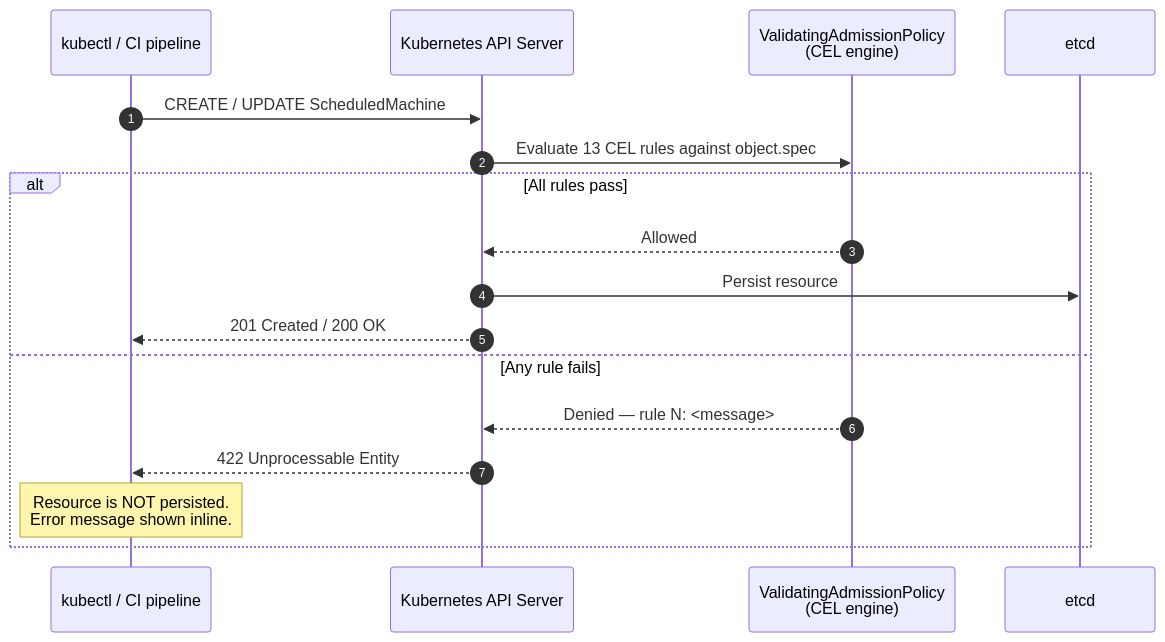
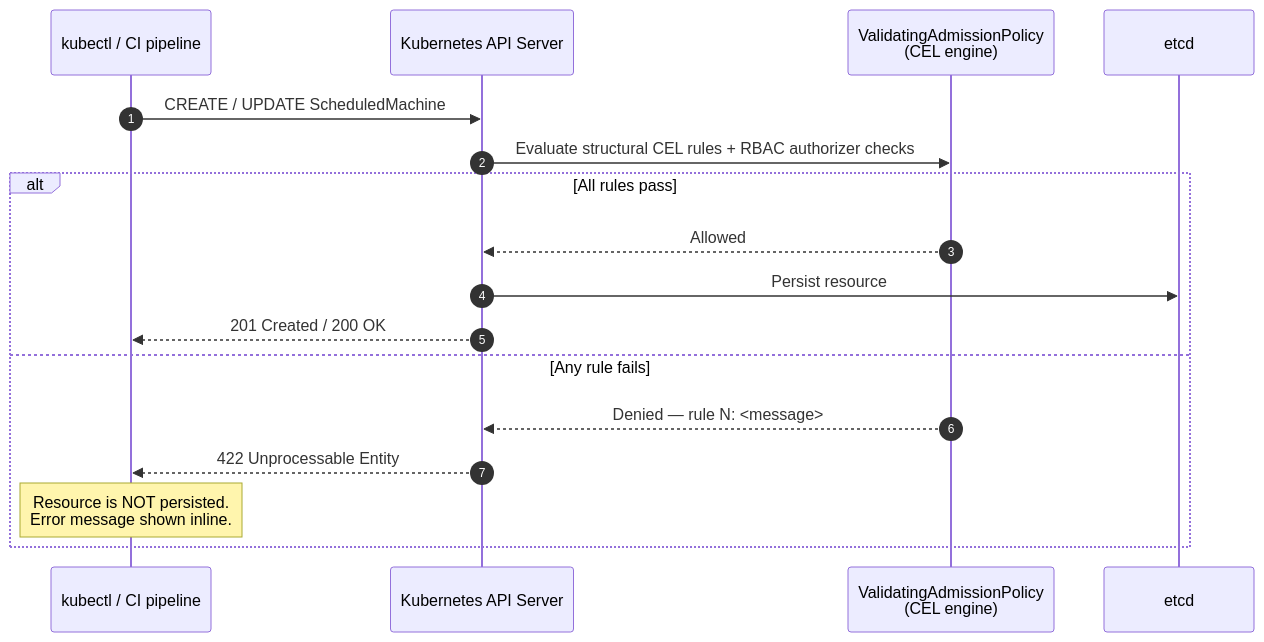
The diagram in docs/src/security/admission-validation.md (RBC/finos-5-spot), drawn with Mermaid before and after one commit. The commit also changed other lines of this file and 26 other files, not shown here.

````diff
--- a/docs/src/security/admission-validation.md
+++ b/docs/src/security/admission-validation.md
@@ -49,20 +49,20 @@
 ```mermaid
 sequenceDiagram
     autonumber
     participant U  as kubectl / CI pipeline
     participant API as Kubernetes API Server
     participant VAP as ValidatingAdmissionPolicy<br/>(CEL engine)
     participant etcd
 
     U  ->> API : CREATE / UPDATE ScheduledMachine
-    API ->> VAP : Evaluate 13 CEL rules against object.spec
+    API ->> VAP : Evaluate structural CEL rules + RBAC authorizer checks
     alt All rules pass
         VAP -->> API : Allowed
         API ->>  etcd : Persist resource
         API -->> U    : 201 Created / 200 OK
     else Any rule fails
         VAP -->> API  : Denied — rule N: <message>
         API -->> U    : 422 Unprocessable Entity
         Note over U   : Resource is NOT persisted.<br/>Error message shown inline.
     end
 ```
````
